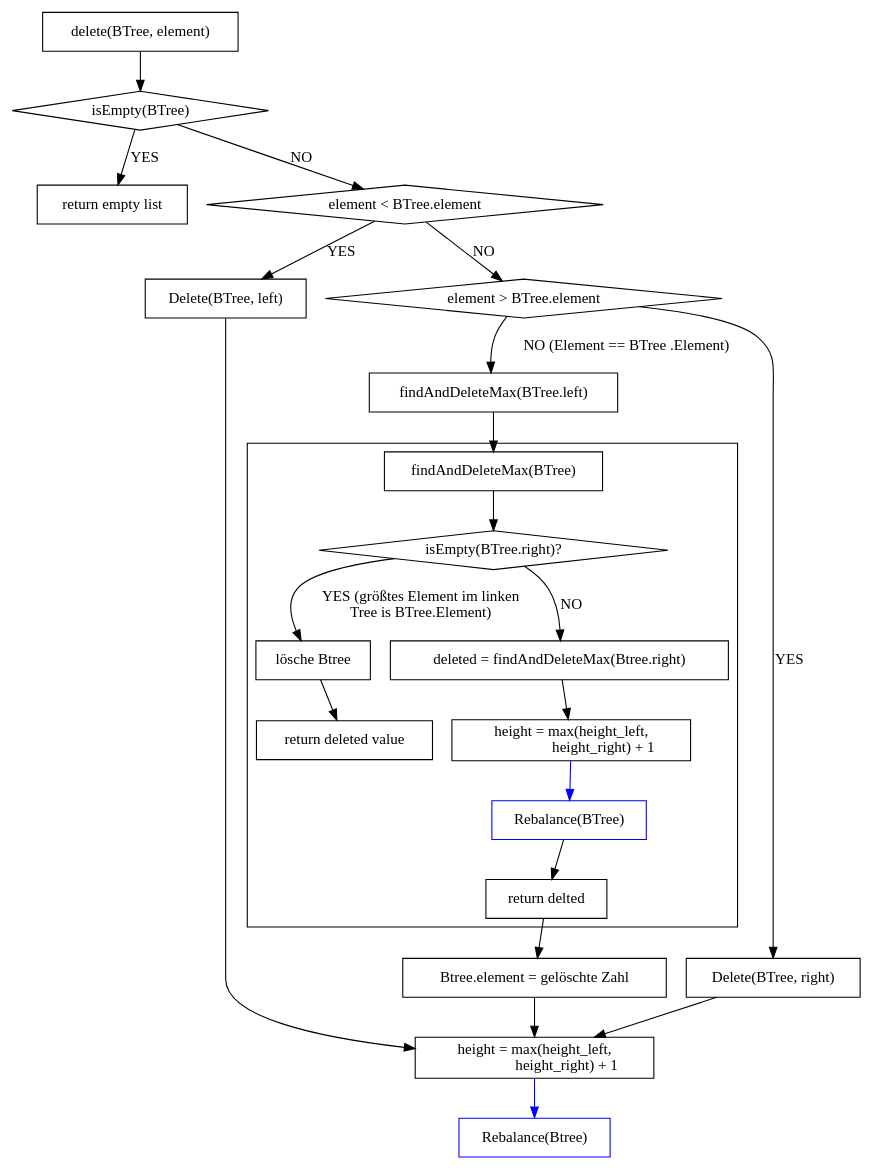
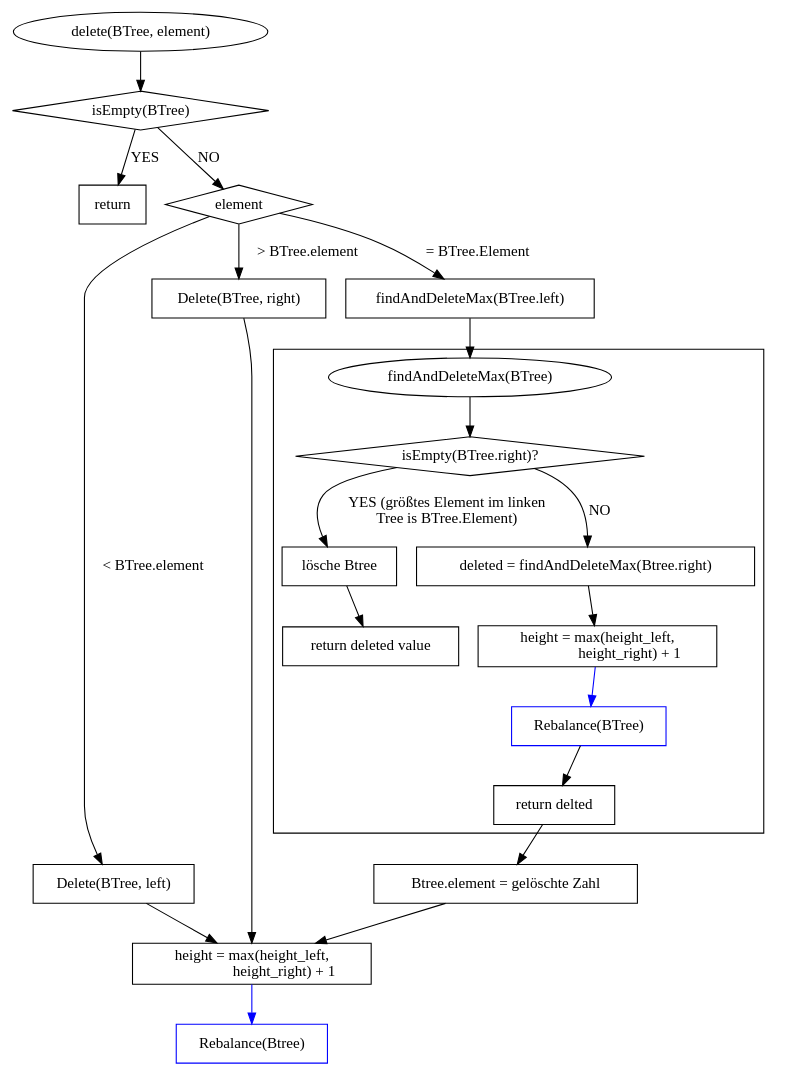
Before and after one commit to hugoppp-uni/Hausarbeit-Algorithmen-und-Datenstrukturen: the diagram in doc/graphviz/delete.gv, drawn with Graphviz. The commit also changed 6 other files, not shown here.

Commit message:
Graphviz: Improve layout and change shape to box

```diff
--- a/doc/graphviz/delete.gv
+++ b/doc/graphviz/delete.gv
@@ -1,62 +1,62 @@
 digraph Q {
 
     subgraph cluster1 {
 
         connectornode [ shape = point label = "" color = invis]
         node [shape = cirlce];
         compound = true;
 
         //insert
-            cluster1_start [label = "findAndDeleteMax(BTree)"];
+            cluster1_start [label = "findAndDeleteMax(BTree)" shape = ellipse];
         cluster1_start -> s_a2
         s_a2 [label = "isEmpty(BTree.right)?" shape = diamond];
         s_a2 -> s_a4 [label = "YES (größtes Element im linken\nTree is BTree.Element)"];
 
         s_a4 [label = "lösche Btree"];
         s_a4 -> s_a41
         s_a41 [label = "return deleted value"];
         s_a2 -> s_a5 [label = "NO"];
         s_a5 [label = "deleted = findAndDeleteMax(Btree.right)"];
         s_a5 -> s_a6;
         s_a6 [label = "height = max(height_left,
                   height_right) + 1"];
         s_a6 -> rebalance [color = blue]
         rebalance [label = "Rebalance(BTree)" color = blue]
         rebalance -> cluster1_end;
         cluster1_end [label = "return delted"];
     }
 
     node [shape = box];
     compound = true;
 
-    a1 [label = "delete(BTree, element)"];
+    a1 [label = "delete(BTree, element)" shape = ellipse];
     a1 -> a2;
     a2 [label = "isEmpty(BTree)" shape = diamond];
     a2 -> b2 [label = "YES"];
-    b2 [label = "return empty list"];
+    b2 [label = "return"];
     a2 -> a3 [label = "NO"];
-    a3 [label = "element < BTree.element" shape = diamond];
-    a3 -> smaller [label = "YES"];
-    a3 -> a4 [label = "NO"];
-    a4 [label = "element > BTree.element" shape = diamond];
-    a4 -> larger [label = "YES"];
-    a4 -> hilfs [label = "NO (Element == BTree .Element)"];
+    a3 [label = "element" shape = diamond];
+    a3 -> smaller [label = " < BTree.element"];
+    a3 -> larger [label = " > BTree.element"];
+//    a4 [label = "element > BTree.element" shape = diamond];
+//    a4 -> larger [label = "YES"];
+    a3 -> hilfs [label = "= BTree.Element"];
     hilfs [label = "findAndDeleteMax(BTree.left)"];
 //    hilfs -> a10;
 //    hilfs -> connectornode [lhead = cluster1]
     hilfs -> cluster1_start
     cluster1_end -> a10
     a10 [label = "Btree.element = gelöschte Zahl"];
     a10 -> hohe;
     hohe [label = "height = max(height_left,
                   height_right) + 1"];
 
     smaller [label = "Delete(BTree, left)"] smaller -> hohe;
     larger [label = "Delete(BTree, right)"] larger -> hohe;
 
     checkBalance [label = "Rebalance(Btree)" color = blue];
 
     hohe -> checkBalance [color = blue];
 
 
 }
```
